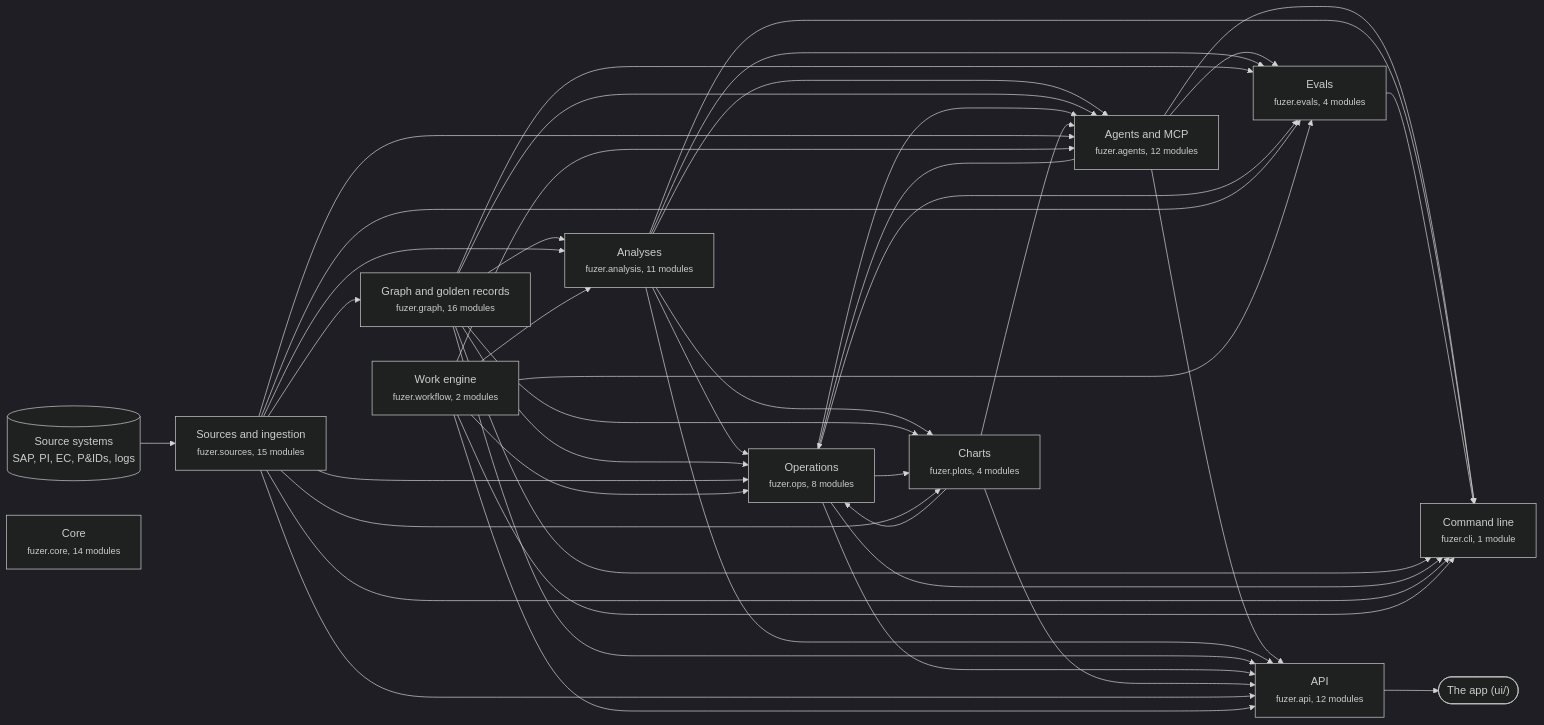
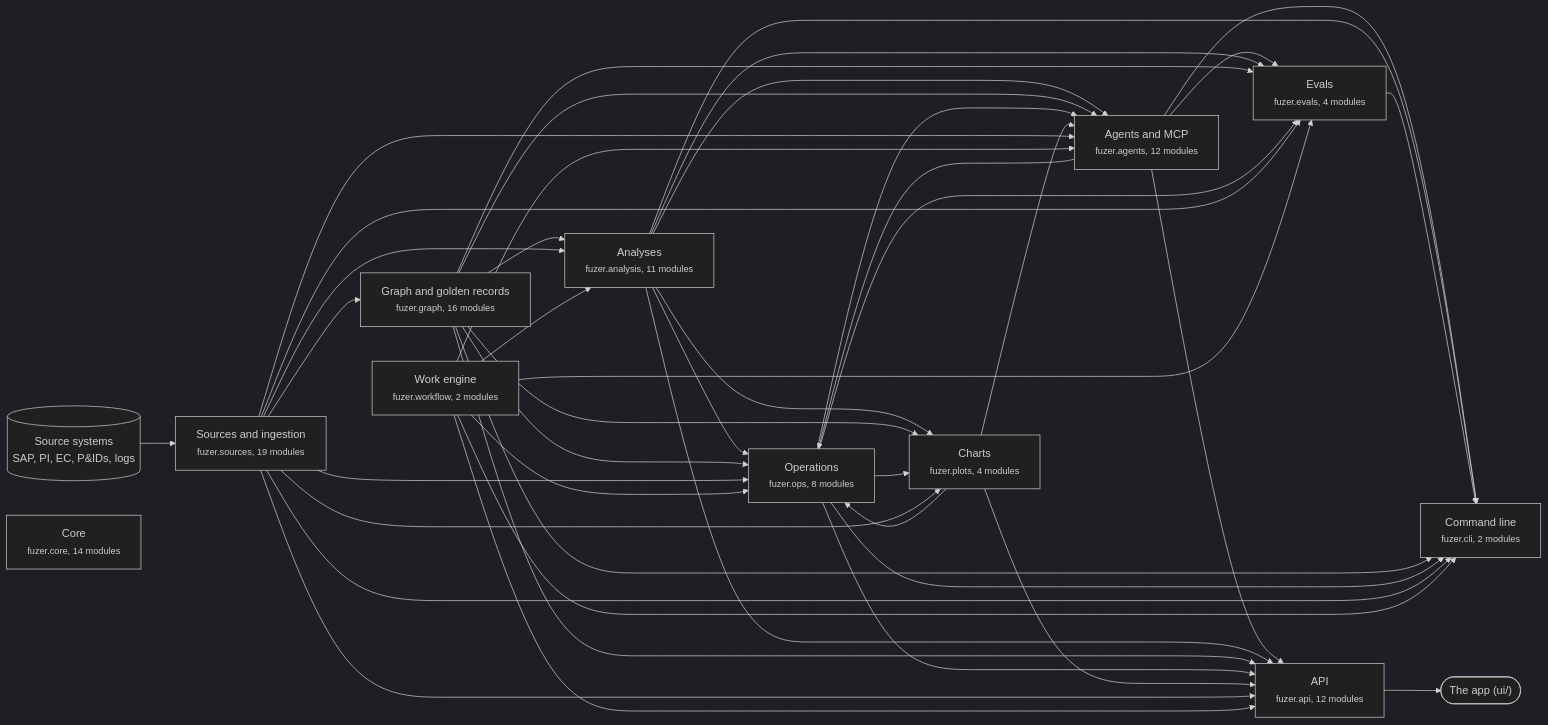
Before and after one commit to areed145/fuzer: the first of 3 diagrams in docs/architecture.md, drawn with Mermaid (dark theme). The commit also changed other lines of this file and 21 other files, not shown here.

````diff
--- a/docs/architecture.md
+++ b/docs/architecture.md
@@ -8,68 +8,68 @@
 ```mermaid
 flowchart LR
   systems[("Source systems<br>SAP, PI, EC, P&IDs, logs")] --> c_sources
   app(["The app (ui/)"])
   c_api --> app
-  c_sources["Sources and ingestion<br><small>fuzer.sources, 15 modules</small>"]
+  c_sources["Sources and ingestion<br><small>fuzer.sources, 19 modules</small>"]
   c_graph["Graph and golden records<br><small>fuzer.graph, 16 modules</small>"]
   c_analysis["Analyses<br><small>fuzer.analysis, 11 modules</small>"]
   c_ops["Operations<br><small>fuzer.ops, 8 modules</small>"]
   c_plots["Charts<br><small>fuzer.plots, 4 modules</small>"]
   c_workflow["Work engine<br><small>fuzer.workflow, 2 modules</small>"]
   c_agents["Agents and MCP<br><small>fuzer.agents, 12 modules</small>"]
   c_evals["Evals<br><small>fuzer.evals, 4 modules</small>"]
   c_api["API<br><small>fuzer.api, 12 modules</small>"]
-  c_cli["Command line<br><small>fuzer.cli, 1 module</small>"]
+  c_cli["Command line<br><small>fuzer.cli, 2 modules</small>"]
   c_core["Core<br><small>fuzer.core, 14 modules</small>"]
   c_sources --> c_graph
   c_graph --> c_analysis
   c_sources --> c_analysis
   c_workflow --> c_analysis
   c_agents --> c_ops
   c_analysis --> c_ops
   c_graph --> c_ops
   c_plots --> c_ops
   c_sources --> c_ops
   c_workflow --> c_ops
   c_analysis --> c_plots
   c_graph --> c_plots
   c_ops --> c_plots
   c_sources --> c_plots
   c_analysis --> c_agents
   c_graph --> c_agents
   c_ops --> c_agents
   c_plots --> c_agents
   c_sources --> c_agents
   c_workflow --> c_agents
   c_agents --> c_evals
   c_analysis --> c_evals
   c_graph --> c_evals
   c_ops --> c_evals
   c_sources --> c_evals
   c_workflow --> c_evals
   c_agents --> c_api
   c_analysis --> c_api
   c_graph --> c_api
   c_ops --> c_api
   c_plots --> c_api
   c_sources --> c_api
   c_workflow --> c_api
   c_agents --> c_cli
   c_analysis --> c_cli
   c_evals --> c_cli
   c_graph --> c_cli
   c_ops --> c_cli
   c_sources --> c_cli
   c_workflow --> c_cli
   click c_sources "https://github.com/areed145/fuzer/tree/main/src/fuzer/sources"
   click c_graph "https://github.com/areed145/fuzer/tree/main/src/fuzer/graph"
   click c_analysis "https://github.com/areed145/fuzer/tree/main/src/fuzer/analysis"
   click c_ops "https://github.com/areed145/fuzer/tree/main/src/fuzer/ops"
   click c_plots "https://github.com/areed145/fuzer/tree/main/src/fuzer/plots"
   click c_workflow "https://github.com/areed145/fuzer/tree/main/src/fuzer/workflow"
   click c_agents "https://github.com/areed145/fuzer/tree/main/src/fuzer/agents"
   click c_evals "https://github.com/areed145/fuzer/tree/main/src/fuzer/evals"
   click c_api "https://github.com/areed145/fuzer/tree/main/src/fuzer/api"
   click c_cli "https://github.com/areed145/fuzer/tree/main/src/fuzer/cli"
   click c_core "https://github.com/areed145/fuzer/tree/main/src/fuzer/core"
 ```
````
